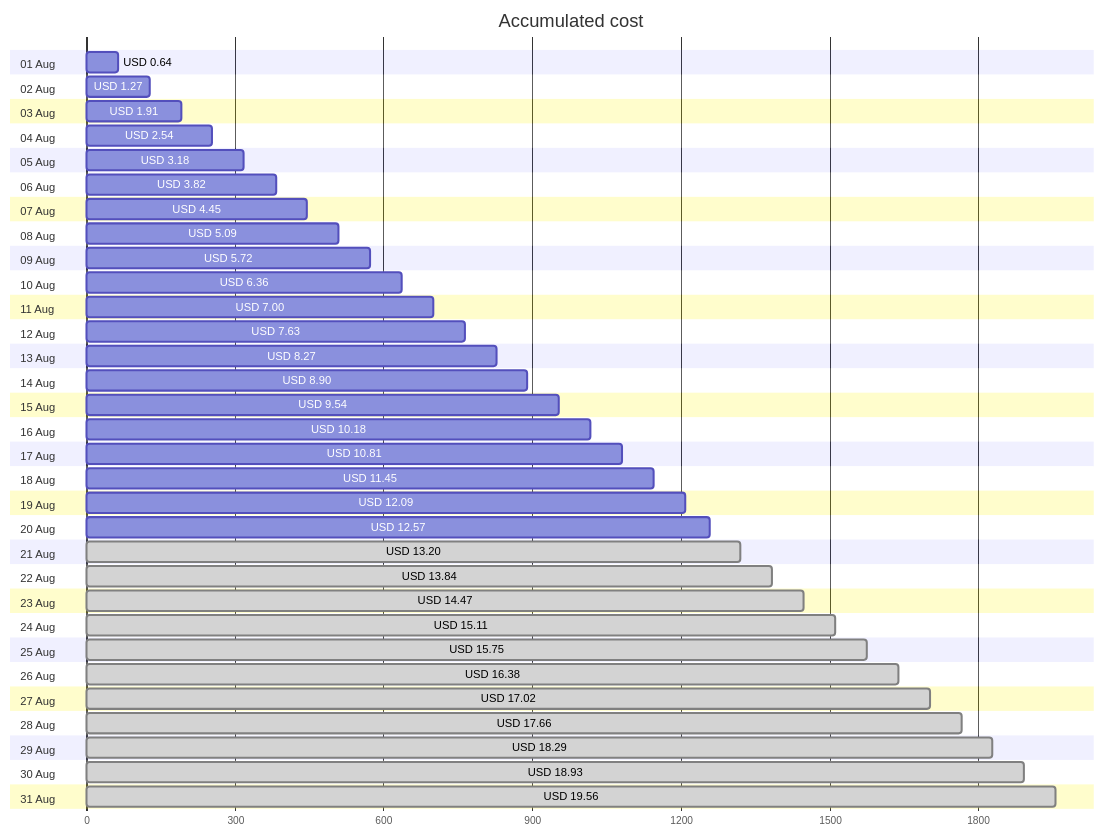
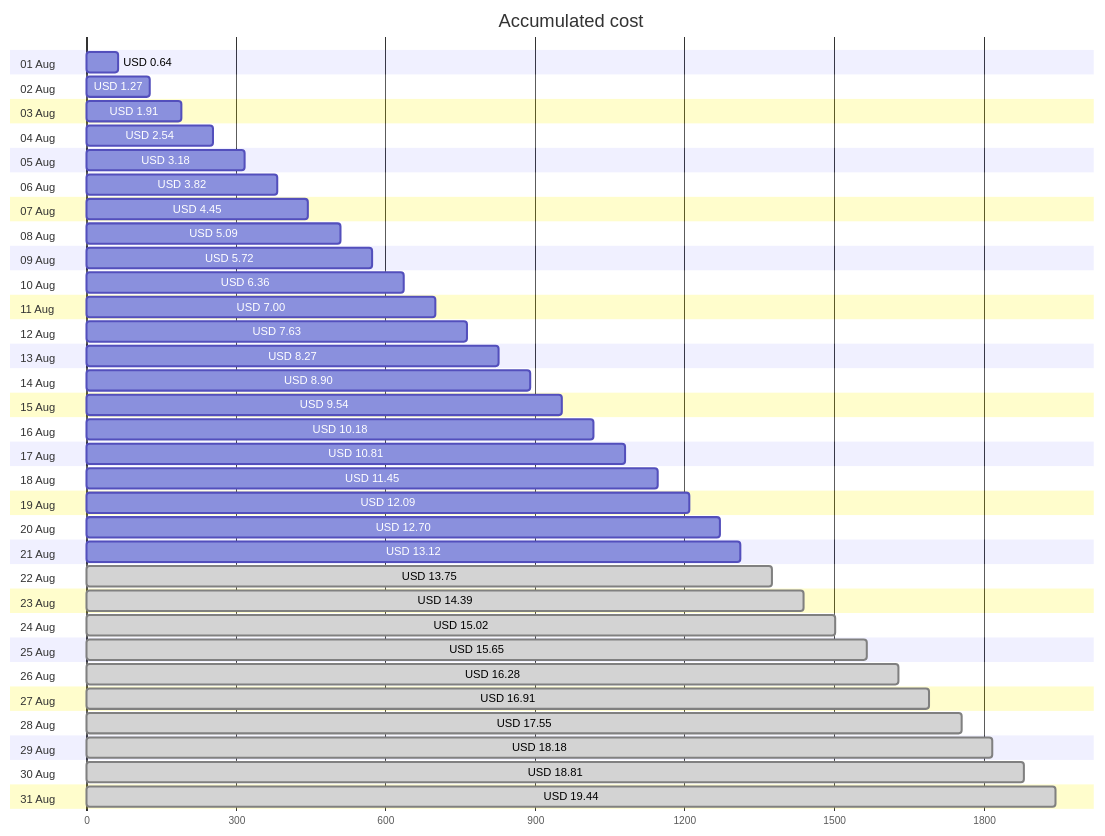
One commit to jpfulton/azure-personal-reports changed the first of 4 diagrams in cost-reports/accumulated-cost.md. Above: the diagram before and after it, drawn with Mermaid. The commit also changed other lines of this file and 4 other files, not shown here.

````diff
--- a/cost-reports/accumulated-cost.md
+++ b/cost-reports/accumulated-cost.md
@@ -20,68 +20,68 @@
 ```mermaid
 gantt
    title Accumulated cost
    dateFormat  X
    axisFormat %s
    section 01 Aug
    USD 0.64 :0, 64
    section 02 Aug
    USD 1.27 :0, 127
    section 03 Aug
    USD 1.91 :0, 191
    section 04 Aug
    USD 2.54 :0, 254
    section 05 Aug
    USD 3.18 :0, 318
    section 06 Aug
    USD 3.82 :0, 382
    section 07 Aug
    USD 4.45 :0, 445
    section 08 Aug
    USD 5.09 :0, 509
    section 09 Aug
    USD 5.72 :0, 572
    section 10 Aug
    USD 6.36 :0, 636
    section 11 Aug
    USD 7.00 :0, 700
    section 12 Aug
    USD 7.63 :0, 763
    section 13 Aug
    USD 8.27 :0, 827
    section 14 Aug
    USD 8.90 :0, 890
    section 15 Aug
    USD 9.54 :0, 954
    section 16 Aug
    USD 10.18 :0, 1018
    section 17 Aug
    USD 10.81 :0, 1081
    section 18 Aug
    USD 11.45 :0, 1145
    section 19 Aug
    USD 12.09 :0, 1209
    section 20 Aug
-   USD 12.57 :0, 1257
+   USD 12.70 :0, 1270
    section 21 Aug
-   USD 13.20 : done, 0, 1320
+   USD 13.12 :0, 1312
    section 22 Aug
-   USD 13.84 : done, 0, 1384
+   USD 13.75 : done, 0, 1375
    section 23 Aug
-   USD 14.47 : done, 0, 1447
+   USD 14.39 : done, 0, 1439
    section 24 Aug
-   USD 15.11 : done, 0, 1511
+   USD 15.02 : done, 0, 1502
    section 25 Aug
-   USD 15.75 : done, 0, 1575
+   USD 15.65 : done, 0, 1565
    section 26 Aug
-   USD 16.38 : done, 0, 1638
+   USD 16.28 : done, 0, 1628
    section 27 Aug
-   USD 17.02 : done, 0, 1702
+   USD 16.91 : done, 0, 1691
    section 28 Aug
-   USD 17.66 : done, 0, 1766
+   USD 17.55 : done, 0, 1755
    section 29 Aug
-   USD 18.29 : done, 0, 1829
+   USD 18.18 : done, 0, 1818
    section 30 Aug
-   USD 18.93 : done, 0, 1893
+   USD 18.81 : done, 0, 1881
    section 31 Aug
-   USD 19.56 : done, 0, 1956
+   USD 19.44 : done, 0, 1944
 ```
````
